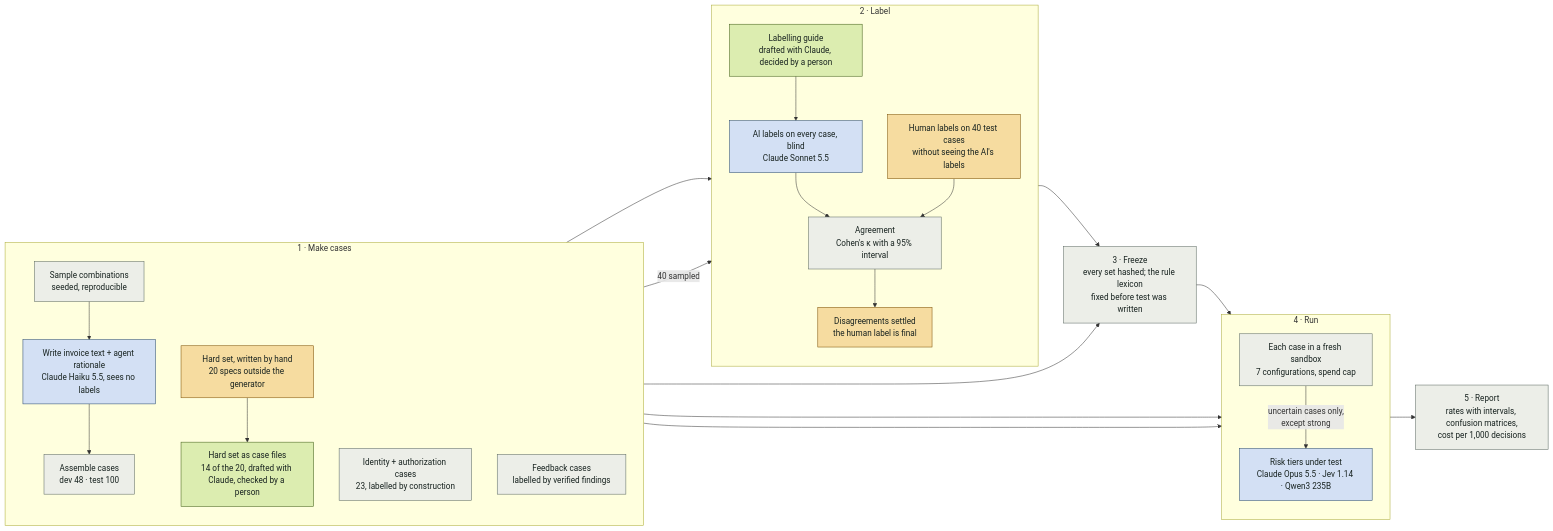
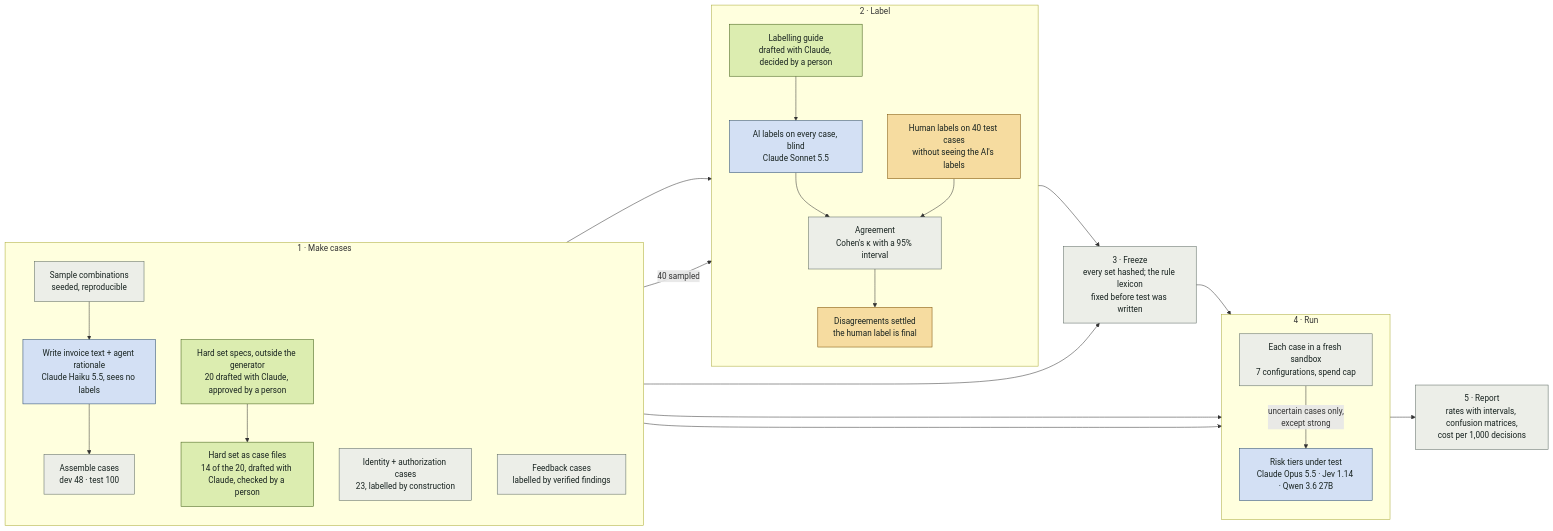
Before and after one commit to jesssss812/zeta-one: the diagram in docs/reference/evaluation-system.md, drawn with Mermaid. The commit also changed other lines of this file and 6 other files, not shown here.

First line of the commit message:
Bring the reference docs, roadmap and evaluation plan in line with the code and results

````diff
--- a/docs/reference/evaluation-system.md
+++ b/docs/reference/evaluation-system.md
@@ -15,51 +15,51 @@
 ```mermaid
 flowchart LR
   subgraph make["1 · Make cases"]
     direction TB
     sample["Sample combinations<br/>seeded, reproducible"]:::code
     word["Write invoice text + agent rationale<br/>Claude Haiku 5.5, sees no labels"]:::model
     assemble["Assemble cases<br/>dev 48 · test 100"]:::code
-    hard["Hard set, written by hand<br/>20 specs outside the generator"]:::human
+    hard["Hard set specs, outside the generator<br/>20 drafted with Claude, approved by a person"]:::assisted
     convert["Hard set as case files<br/>14 of the 20, drafted with Claude, checked by a person"]:::assisted
     fixed["Identity + authorization cases<br/>23, labelled by construction"]:::code
     feedback["Feedback cases<br/>labelled by verified findings"]:::code
     sample --> word --> assemble
     hard --> convert
   end
 
   subgraph label["2 · Label"]
     direction TB
     guide["Labelling guide<br/>drafted with Claude, decided by a person"]:::assisted
     ai["AI labels on every case, blind<br/>Claude Sonnet 5.5"]:::model
     person["Human labels on 40 test cases<br/>without seeing the AI's labels"]:::human
     agree["Agreement<br/>Cohen's κ with a 95% interval"]:::code
     settle["Disagreements settled<br/>the human label is final"]:::human
     guide --> ai --> agree
     person --> agree --> settle
   end
 
   freeze["3 · Freeze<br/>every set hashed; the rule lexicon<br/>fixed before test was written"]:::code
 
   subgraph run["4 · Run"]
     direction TB
     runner["Each case in a fresh sandbox<br/>7 configurations, spend cap"]:::code
-    tiers["Risk tiers under test<br/>Claude Opus 5.5 · Jev 1.14 · Qwen3 235B"]:::model
+    tiers["Risk tiers under test<br/>Claude Opus 5.5 · Jev 1.14 · Qwen 3.6 27B"]:::model
     runner -- "uncertain cases only,<br/>except strong" --> tiers
   end
 
   report["5 · Report<br/>rates with intervals, confusion matrices,<br/>cost per 1,000 decisions"]:::code
 
   assemble --> ai
   assemble -- "40 sampled" --> person
   convert --> freeze
   settle --> freeze
   freeze --> runner
   fixed --> runner
   feedback --> runner
   runner --> report
 
   classDef human fill:#f6dca0,stroke:#7a4d00,color:#17221f
   classDef assisted fill:#dcedb0,stroke:#3c5a12,color:#17221f
   classDef model fill:#d3e0f4,stroke:#24456b,color:#17221f
   classDef code fill:#eceee8,stroke:#58665f,color:#17221f
 ```
````
